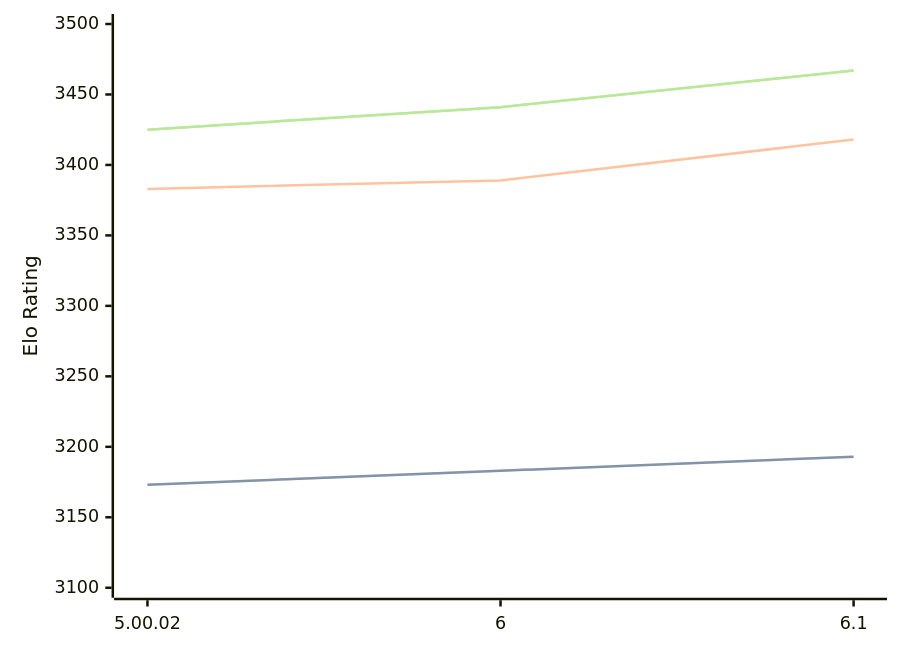
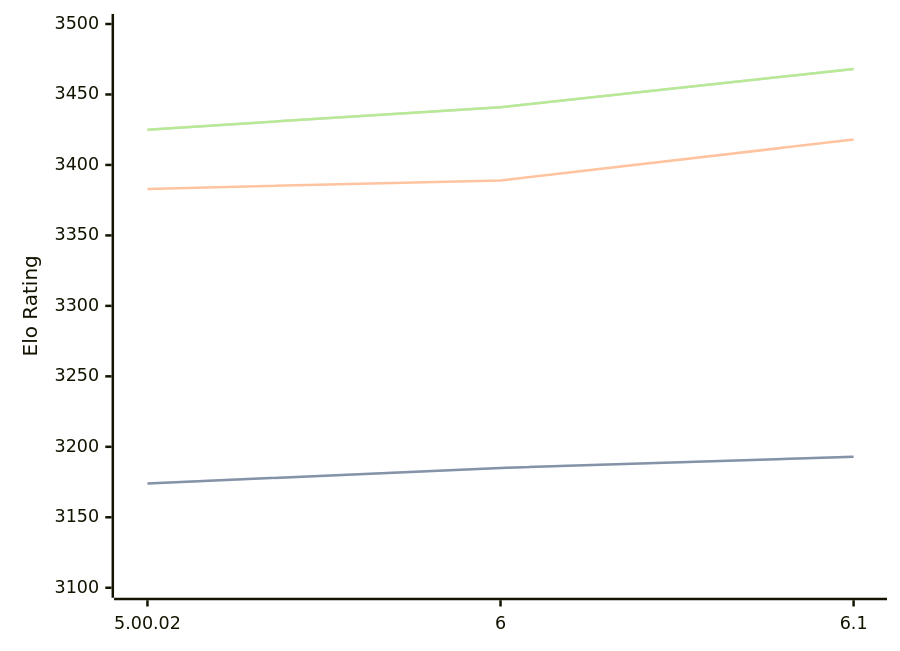
One commit to computer-chess-index/cci changed the diagram in engines/Zangdar.md. Above: the diagram before and after it, drawn with Mermaid. The commit also changed other lines of this file, not shown here.

Commit message:
Update CCI Ratings (ELO VLTC) - 2026-02-17

````diff
--- a/engines/Zangdar.md
+++ b/engines/Zangdar.md
@@ -42,11 +42,11 @@
 ```mermaid
 %%{init: {"theme":"base","themeVariables":{"seriesColors:['#a3a3a3','#222221','#faa371']}}}%%
 xychart-beta
   x-axis ["5.00.02", "6", "6.1"]
   y-axis "Elo Rating" 3100 --> 3500
-  line "STC (8.0+0.08s)" [3173, 3183, 3193]
-  line "STC (8.0+0.08s)" [3173, 3183, 3193]
+  line "STC (8.0+0.08s)" [3174, 3185, 3193]
+  line "STC (8.0+0.08s)" [3174, 3185, 3193]
   line "LTC (60.0+0.60s)" [3383, 3389, 3418]
-  line "VLTC (2m24s+1.12s)" [3425, 3441, 3467]
-  line "VLTC (2m24s+1.12s)" [3425, 3441, 3467]
+  line "VLTC (2m24s+1.12s)" [3425, 3441, 3468]
+  line "VLTC (2m24s+1.12s)" [3425, 3441, 3468]
 ```
````
